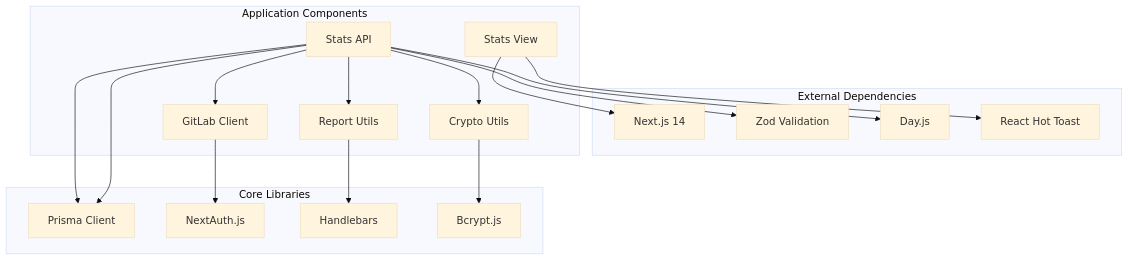
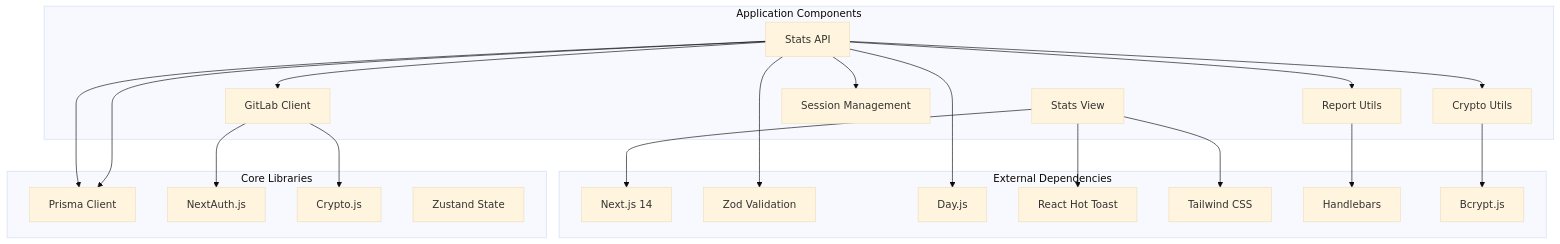
One commit to jrj444/git-daily changed the sixth of 6 diagrams in .qoder/repowiki/en/content/Frontend Components/Commit Statistics Dashboard.md. Above: the diagram before and after it, drawn with Mermaid (base theme). The commit also changed other lines of this file and 14 other files, not shown here.

````diff
--- a/.qoder/repowiki/en/content/Frontend Components/Commit Statistics Dashboard.md
+++ b/.qoder/repowiki/en/content/Frontend Components/Commit Statistics Dashboard.md
@@ -259,34 +340,41 @@
 ```mermaid
 graph TB
 subgraph "External Dependencies"
 NextJS[Next.js 14]
 Zod[Zod Validation]
 DayJS[Day.js]
 ReactHotToast[React Hot Toast]
+TailwindCSS[Tailwind CSS]
+Handlebars[Handlebars]
+Bcrypt[Bcrypt.js]
 end
 subgraph "Core Libraries"
 Prisma[Prisma Client]
 NextAuth[NextAuth.js]
-Handlebars[Handlebars]
-Bcrypt[Bcrypt.js]
+CryptoJS[Crypto.js]
+Zustand[Zustand State]
 end
 subgraph "Application Components"
 StatsView[Stats View]
 StatsAPI[Stats API]
 GitLabClient[GitLab Client]
 ReportUtils[Report Utils]
 CryptoUtils[Crypto Utils]
+SessionLib[Session Management]
 end
 StatsView --> NextJS
 StatsView --> ReactHotToast
+StatsView --> TailwindCSS
 StatsAPI --> Zod
 StatsAPI --> DayJS
 StatsAPI --> Prisma
 GitLabClient --> NextAuth
+GitLabClient --> CryptoJS
 ReportUtils --> Handlebars
 CryptoUtils --> Bcrypt
 StatsAPI --> ReportUtils
 StatsAPI --> GitLabClient
 StatsAPI --> CryptoUtils
 StatsAPI --> Prisma
+StatsAPI --> SessionLib
 ```
````
